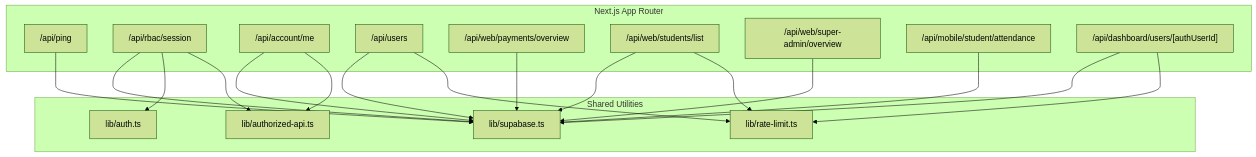
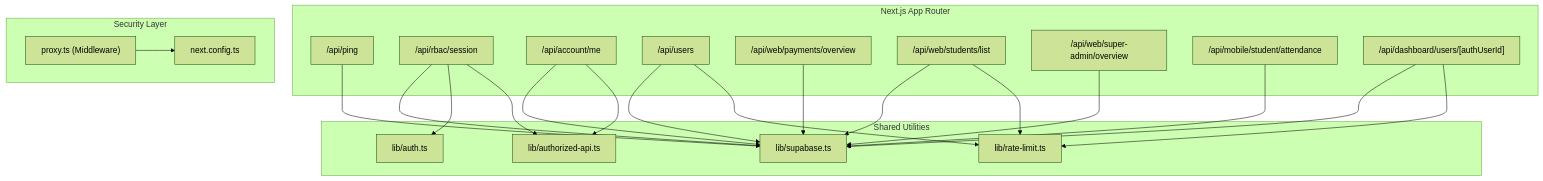
Before and after one commit to mustafaalkusaj/appschoolmustafa2002: the first of 7 diagrams in .qoder/repowiki/en/content/API Reference/API Reference.md, drawn with Mermaid (forest theme). The commit also changed other lines of this file and 85 other files, not shown here.

````diff
--- a/.qoder/repowiki/en/content/API Reference/API Reference.md
+++ b/.qoder/repowiki/en/content/API Reference/API Reference.md
@@ -38,35 +48,40 @@
 ```mermaid
 graph TB
 subgraph "Next.js App Router"
 PING["/api/ping"]
 RBAC["/api/rbac/session"]
 ACCOUNT_ME["/api/account/me"]
 USERS["/api/users"]
 WEB_PAYMENTS["/api/web/payments/overview"]
 WEB_STUDENTS["/api/web/students/list"]
 SUPER_ADMIN["/api/web/super-admin/overview"]
 MOBILE_ATT["/api/mobile/student/attendance"]
 DASHBOARD_USERS["/api/dashboard/users/[authUserId]"]
+end
+subgraph "Security Layer"
+PROXY["proxy.ts (Middleware)"]
+NEXT_CONFIG["next.config.ts"]
 end
 subgraph "Shared Utilities"
 AUTH_LIB["lib/auth.ts"]
 RATE_LIMIT["lib/rate-limit.ts"]
 AUTH_API["lib/authorized-api.ts"]
 SUPABASE["lib/supabase.ts"]
 end
 PING --> SUPABASE
 RBAC --> SUPABASE
 ACCOUNT_ME --> SUPABASE
 USERS --> SUPABASE
 WEB_PAYMENTS --> SUPABASE
 WEB_STUDENTS --> SUPABASE
 SUPER_ADMIN --> SUPABASE
 MOBILE_ATT --> SUPABASE
 DASHBOARD_USERS --> SUPABASE
 RBAC --> AUTH_LIB
 USERS --> RATE_LIMIT
 WEB_STUDENTS --> RATE_LIMIT
 DASHBOARD_USERS --> RATE_LIMIT
 ACCOUNT_ME --> AUTH_API
 RBAC --> AUTH_API
+PROXY --> NEXT_CONFIG
 ```
````
